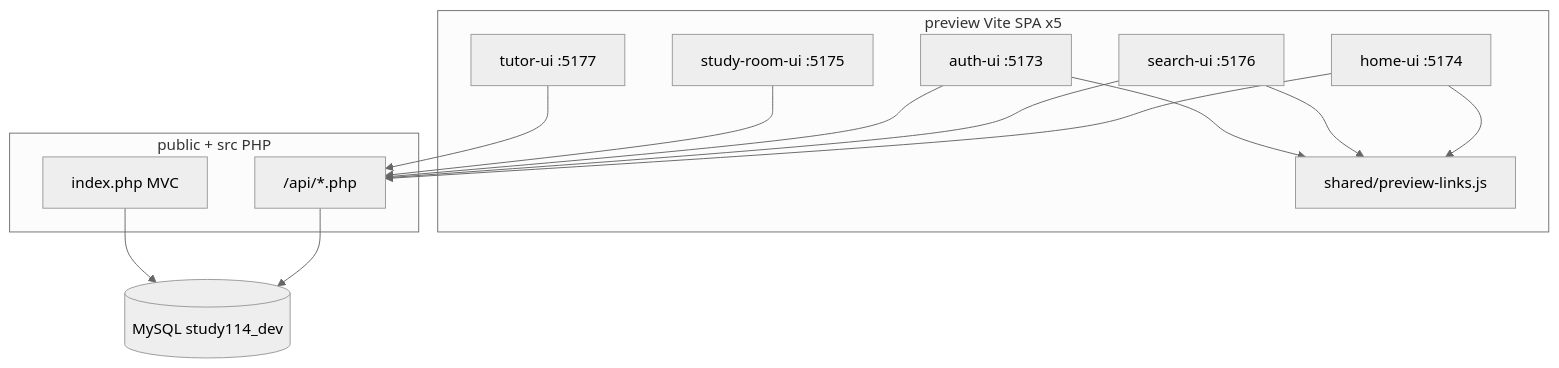
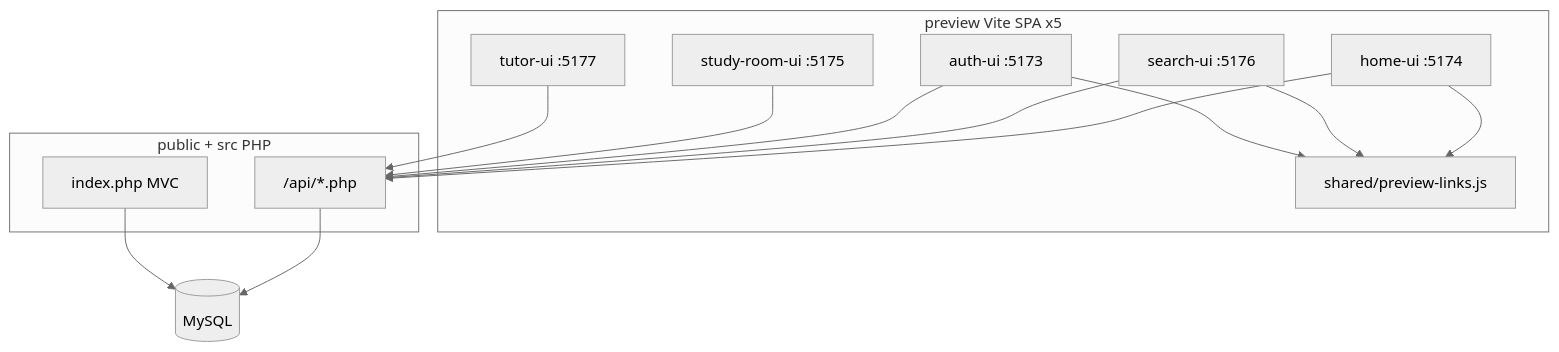
One commit to leejetty-commits/study114 changed the diagram in docs/internal/00-project-tree-and-key-files.md. Above: the diagram before and after it, drawn with Mermaid (neutral theme). The commit also changed other lines of this file and 37 other files, not shown here.

````diff
--- a/docs/internal/00-project-tree-and-key-files.md
+++ b/docs/internal/00-project-tree-and-key-files.md
@@ -396,29 +311,29 @@
 ```mermaid
 flowchart TB
   subgraph preview [preview Vite SPA x5]
     HOME[home-ui :5174]
     AUTH[auth-ui :5173]
     SEARCH[search-ui :5176]
     SR[study-room-ui :5175]
     TU[tutor-ui :5177]
     SHARED[shared/preview-links.js]
   end
 
   subgraph backend [public + src PHP]
     API["/api/*.php"]
     MVC[index.php MVC]
   end
 
-  DB[(MySQL study114_dev)]
+  DB[(MySQL)]
 
   HOME --> SHARED
   SEARCH --> SHARED
   AUTH --> SHARED
   HOME --> API
   SEARCH --> API
   AUTH --> API
   SR --> API
   TU --> API
   API --> DB
   MVC --> DB
 ```
````
